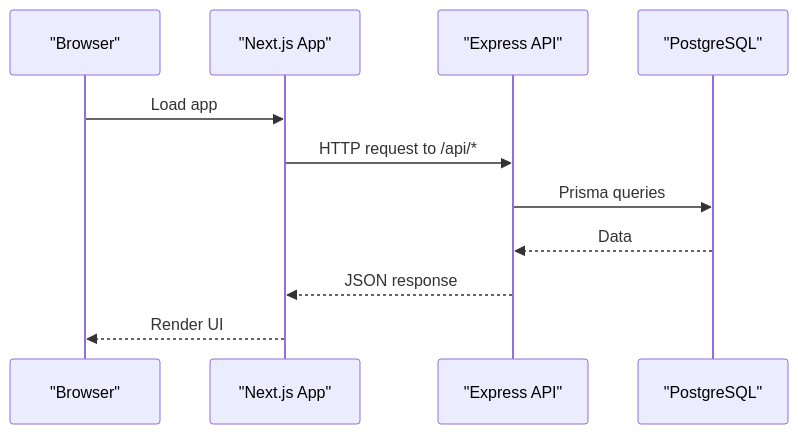
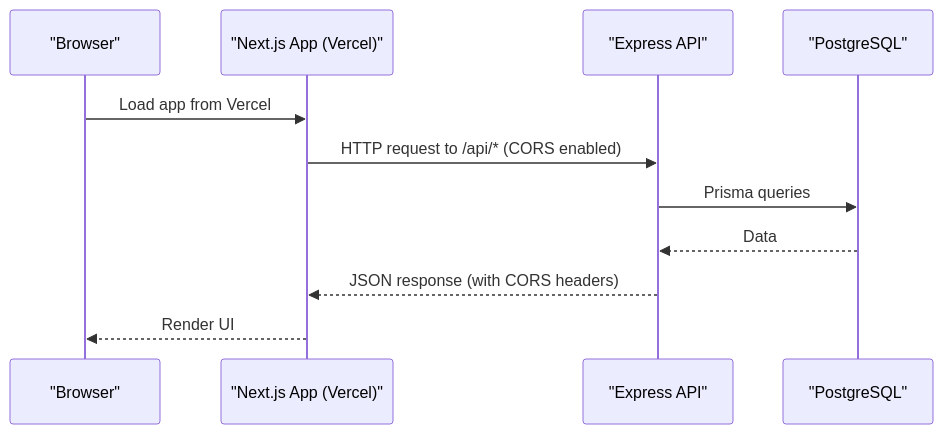
One commit to ZandileMkontwana/olympiad-portal changed the second of 6 diagrams in .qoder/repowiki/en/content/Deployment & DevOps/Deployment & DevOps.md. Above: the diagram before and after it, drawn with Mermaid. The commit also changed other lines of this file and 24 other files, not shown here.

````diff
--- a/.qoder/repowiki/en/content/Deployment & DevOps/Deployment & DevOps.md
+++ b/.qoder/repowiki/en/content/Deployment & DevOps/Deployment & DevOps.md
@@ -113,13 +119,13 @@
 ```mermaid
 sequenceDiagram
 participant Client as "Browser"
-participant FE as "Next.js App"
+participant FE as "Next.js App (Vercel)"
 participant BE as "Express API"
 participant DB as "PostgreSQL"
-Client->>FE : Load app
-FE->>BE : HTTP request to /api/*
+Client->>FE : Load app from Vercel
+FE->>BE : HTTP request to /api/* (CORS enabled)
 BE->>DB : Prisma queries
 DB-->>BE : Data
-BE-->>FE : JSON response
+BE-->>FE : JSON response (with CORS headers)
 FE-->>Client : Render UI
 ```
````
